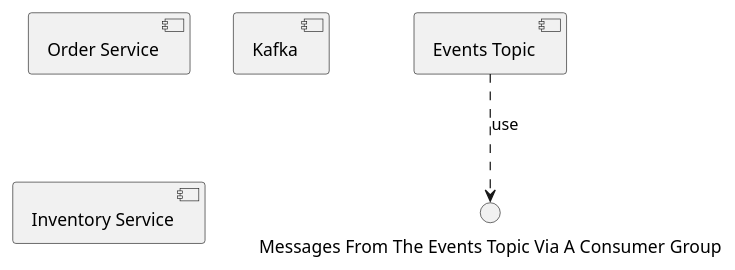
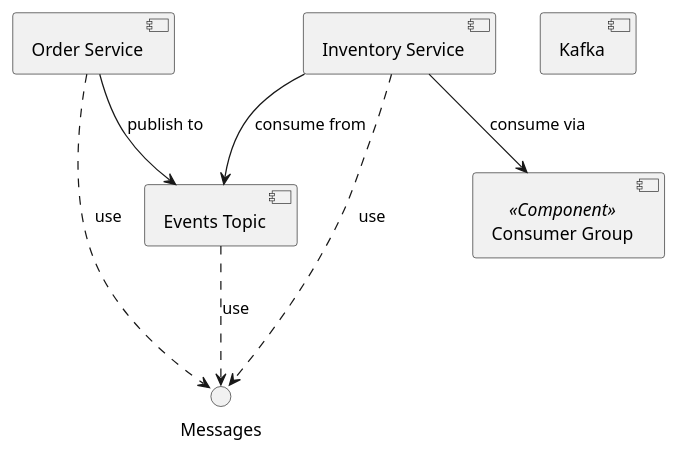
One commit to qamaruddin-qureshi/fyp-uml-diagram-generator changed the diagram in user_stories/output_puml/component/component_Structural_Case_34.puml. Above: the diagram before and after it, drawn with PlantUML. The commit also changed 22 other files, not shown here.

First line of the commit message:
feat: Enhance component diagram extraction with robust NLP and model optimization

```diff
--- a/user_stories/output_puml/component/component_Structural_Case_34.puml
+++ b/user_stories/output_puml/component/component_Structural_Case_34.puml
@@ -1,9 +1,15 @@
 @startuml
 skinparam componentStyle uml2
 component "Order Service" as OrderService
 component "Events Topic" as EventsTopic
 component "Kafka" as Kafka
 component "Inventory Service" as InventoryService
-interface "Messages From The Events Topic Via A Consumer Group" as ifaceMessagesFromTheEventsTopicViaAConsumerGroup
-EventsTopic ..> ifaceMessagesFromTheEventsTopicViaAConsumerGroup : use
+component "Consumer Group" <<Component>> as ConsumerGroup
+interface "Messages" as ifaceMessages
+EventsTopic ..> ifaceMessages : use
+OrderService ..> ifaceMessages : use
+InventoryService ..> ifaceMessages : use
+OrderService --> EventsTopic : publish to
+InventoryService --> EventsTopic : consume from
+InventoryService --> ConsumerGroup : consume via
 @enduml
```
